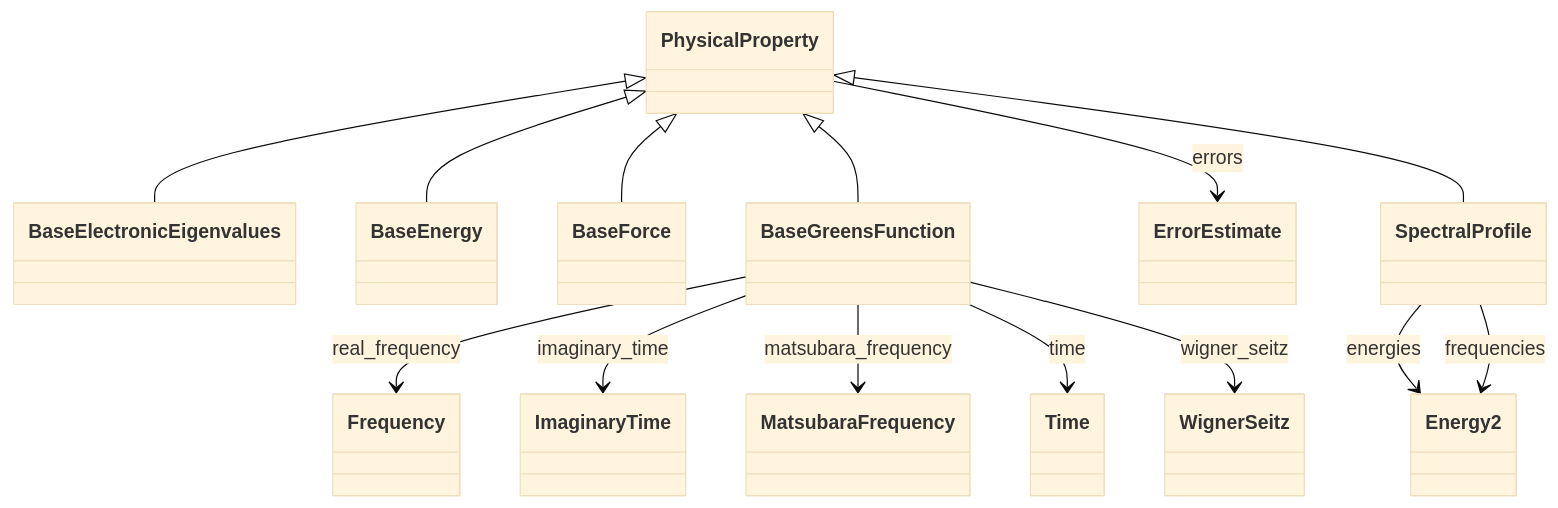
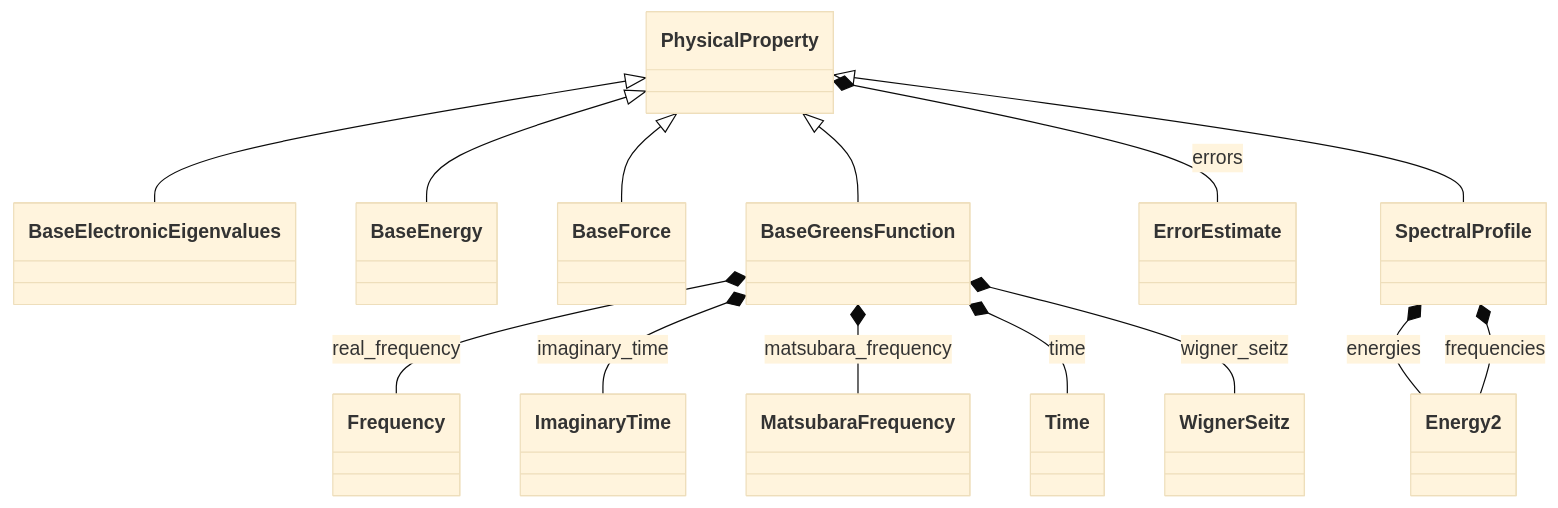
One commit to FAIRmat-NFDI/nomad-simulations changed the diagram in docs/schema/physical_property.md. Above: the diagram before and after it, drawn with Mermaid (base theme). The commit also changed other lines of this file and 34 other files, not shown here.

````diff
--- a/docs/schema/physical_property.md
+++ b/docs/schema/physical_property.md
@@ -18,29 +18,29 @@
 ```mermaid
 classDiagram
     class BaseElectronicEigenvalues
     class BaseEnergy
     class BaseForce
     class BaseGreensFunction
     class Energy2
     class ErrorEstimate
     class Frequency
     class ImaginaryTime
     class MatsubaraFrequency
     class PhysicalProperty
     class SpectralProfile
     class Time
     class WignerSeitz
     PhysicalProperty <|-- BaseElectronicEigenvalues
     PhysicalProperty <|-- BaseEnergy
     PhysicalProperty <|-- BaseForce
     PhysicalProperty <|-- BaseGreensFunction
     PhysicalProperty <|-- SpectralProfile
-    BaseGreensFunction --> Frequency : real_frequency
-    BaseGreensFunction --> ImaginaryTime : imaginary_time
-    BaseGreensFunction --> MatsubaraFrequency : matsubara_frequency
-    BaseGreensFunction --> Time : time
-    BaseGreensFunction --> WignerSeitz : wigner_seitz
-    PhysicalProperty --> ErrorEstimate : errors
-    SpectralProfile --> Energy2 : energies
-    SpectralProfile --> Energy2 : frequencies
+    BaseGreensFunction *-- Frequency : real_frequency
+    BaseGreensFunction *-- ImaginaryTime : imaginary_time
+    BaseGreensFunction *-- MatsubaraFrequency : matsubara_frequency
+    BaseGreensFunction *-- Time : time
+    BaseGreensFunction *-- WignerSeitz : wigner_seitz
+    PhysicalProperty *-- ErrorEstimate : errors
+    SpectralProfile *-- Energy2 : energies
+    SpectralProfile *-- Energy2 : frequencies
 ```
````
